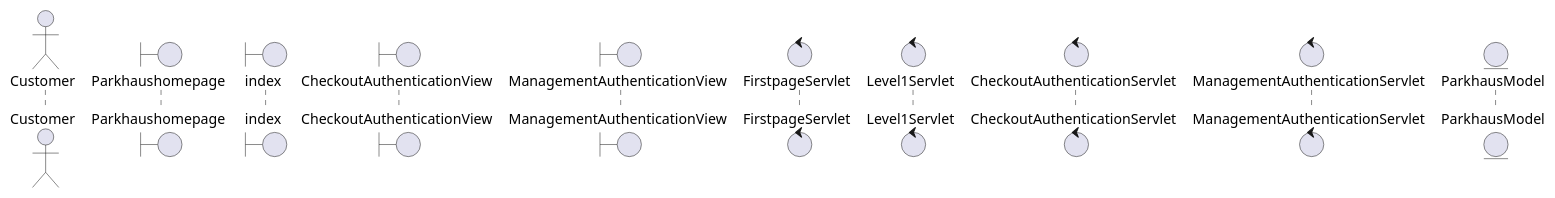
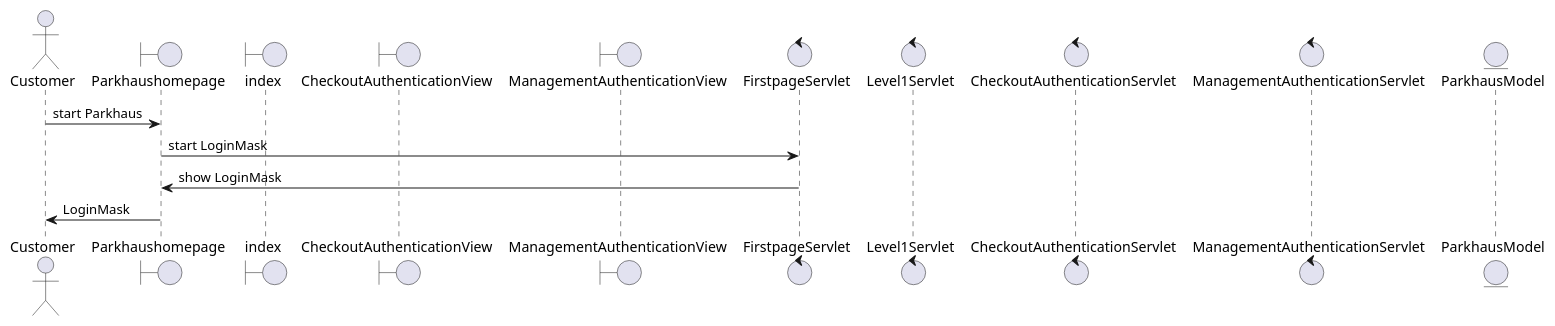
One commit to 1nbetw33n/Parkhaus_new changed the diagram in src/main/parkhaus-project/Parkhaus/java/Planung/DIAGRAMM/sd_Parkhaus.puml. Above: the diagram before and after it, drawn with PlantUML. The commit also changed 2 other files, not shown here.

Commit message:
Added LoginMask process

```diff
--- a/src/main/parkhaus-project/Parkhaus/java/Planung/DIAGRAMM/sd_Parkhaus.puml
+++ b/src/main/parkhaus-project/Parkhaus/java/Planung/DIAGRAMM/sd_Parkhaus.puml
@@ -1,14 +1,18 @@
 @startuml
 'https://plantuml.com/sequence-diagram
 actor Customer
 boundary Parkhaushomepage
 boundary index
 boundary CheckoutAuthenticationView
 boundary ManagementAuthenticationView
 control FirstpageServlet
 control Level1Servlet
 control CheckoutAuthenticationServlet
 control ManagementAuthenticationServlet
 entity ParkhausModel
+Customer -> Parkhaushomepage : start Parkhaus
+Parkhaushomepage -> FirstpageServlet : start LoginMask
+FirstpageServlet -> Parkhaushomepage : show LoginMask
+Parkhaushomepage -> Customer : LoginMask
 
 @enduml
```
